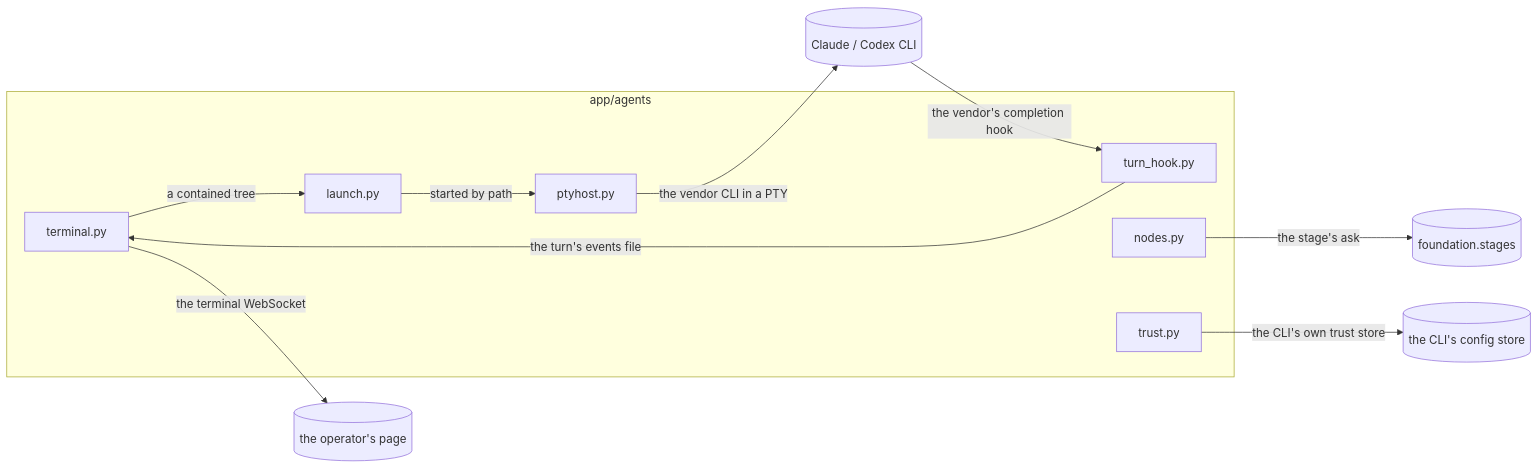
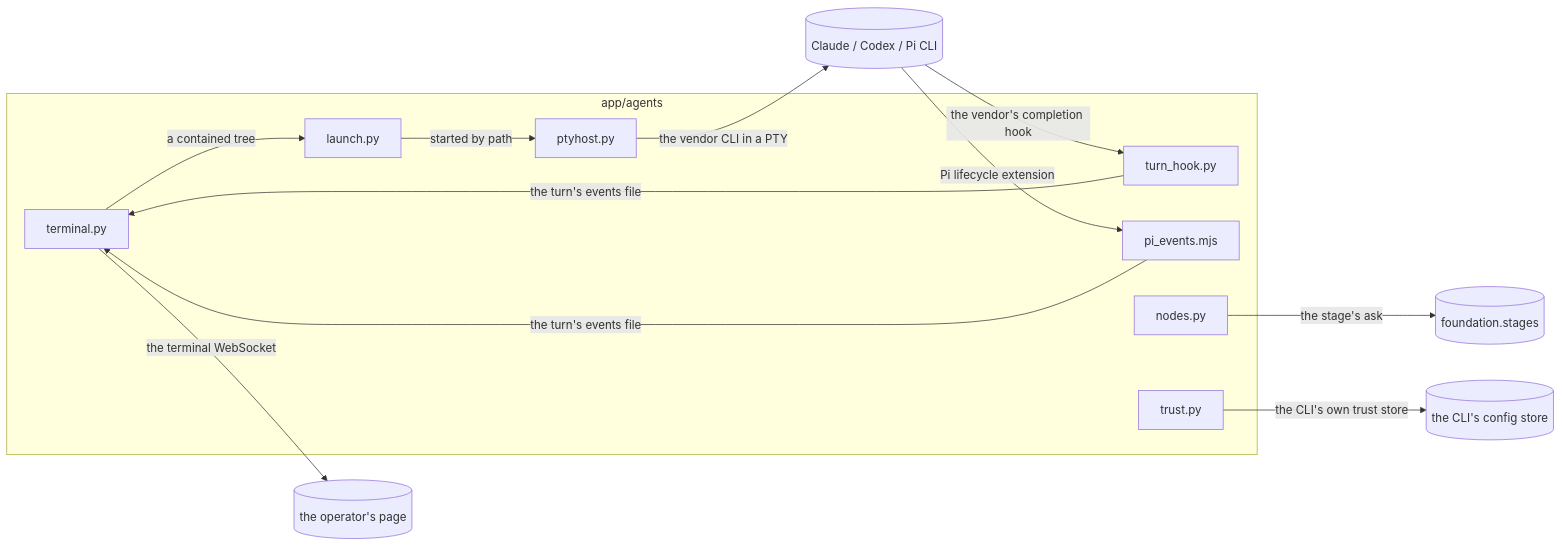
The diagram in app/agents/docs/architecture/diagrams/main.md (6r0m/orchestra), drawn with Mermaid before and after one commit. The commit also changed 19 other files, not shown here.

````diff
--- a/app/agents/docs/architecture/diagrams/main.md
+++ b/app/agents/docs/architecture/diagrams/main.md
@@ -5,23 +5,26 @@
 ```mermaid
 flowchart LR
     subgraph pkg["app/agents"]
         terminal["terminal.py"]
         launch["launch.py"]
         ptyhost["ptyhost.py"]
         turn_hook["turn_hook.py"]
+        pi_events["pi_events.mjs"]
         nodes["nodes.py"]
         trust["trust.py"]
     end
-    cli_ext[("Claude / Codex CLI")]
+    cli_ext[("Claude / Codex / Pi CLI")]
     stages_ext[("foundation.stages")]
     store_ext[("the CLI's config store")]
     page_ext[("the operator's page")]
     terminal -->|"a contained tree"| launch
     launch -->|"started by path"| ptyhost
     ptyhost -->|"the vendor CLI in a PTY"| cli_ext
     cli_ext -->|"the vendor's completion hook"| turn_hook
     turn_hook -->|"the turn's events file"| terminal
+    cli_ext -->|"Pi lifecycle extension"| pi_events
+    pi_events -->|"the turn's events file"| terminal
     nodes -->|"the stage's ask"| stages_ext
     trust -->|"the CLI's own trust store"| store_ext
     terminal -->|"the terminal WebSocket"| page_ext
 ```
````
